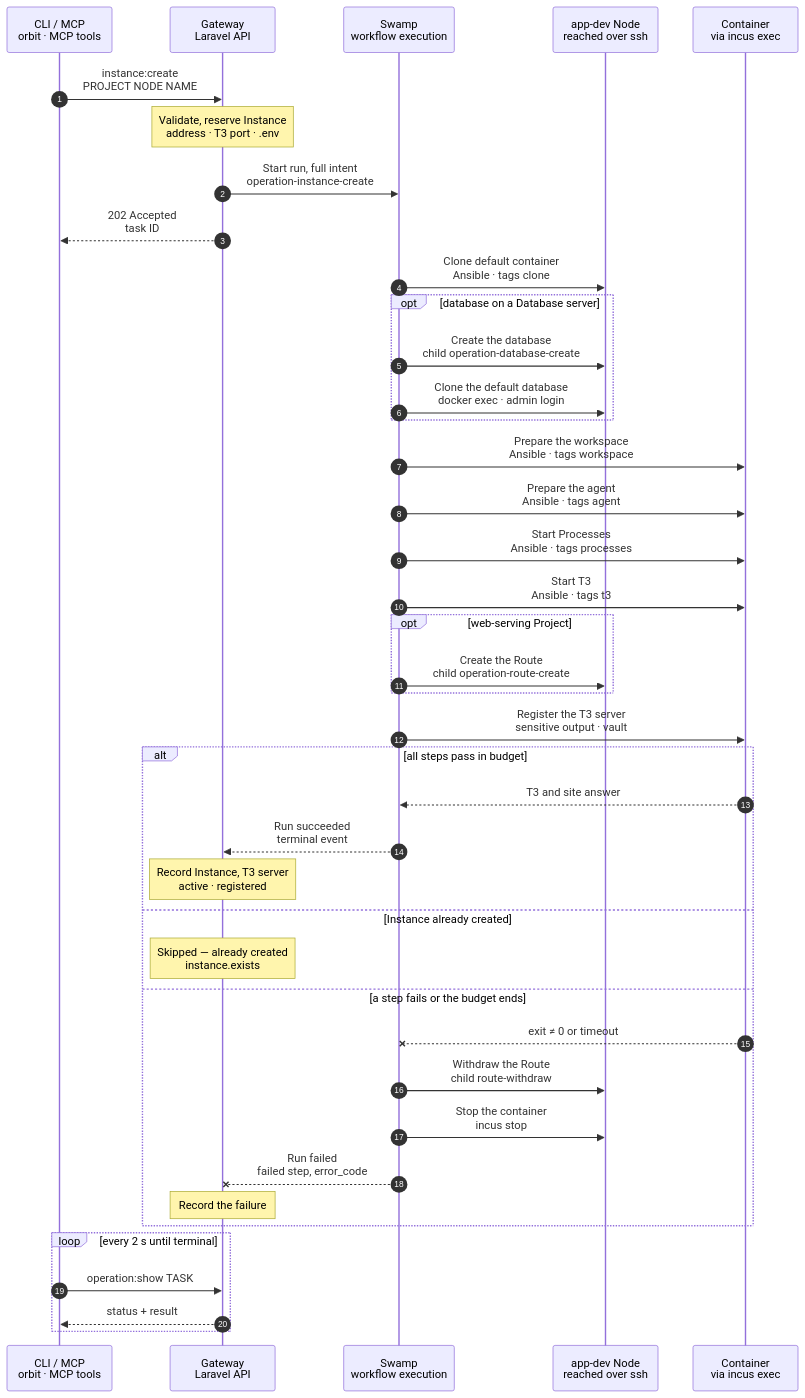
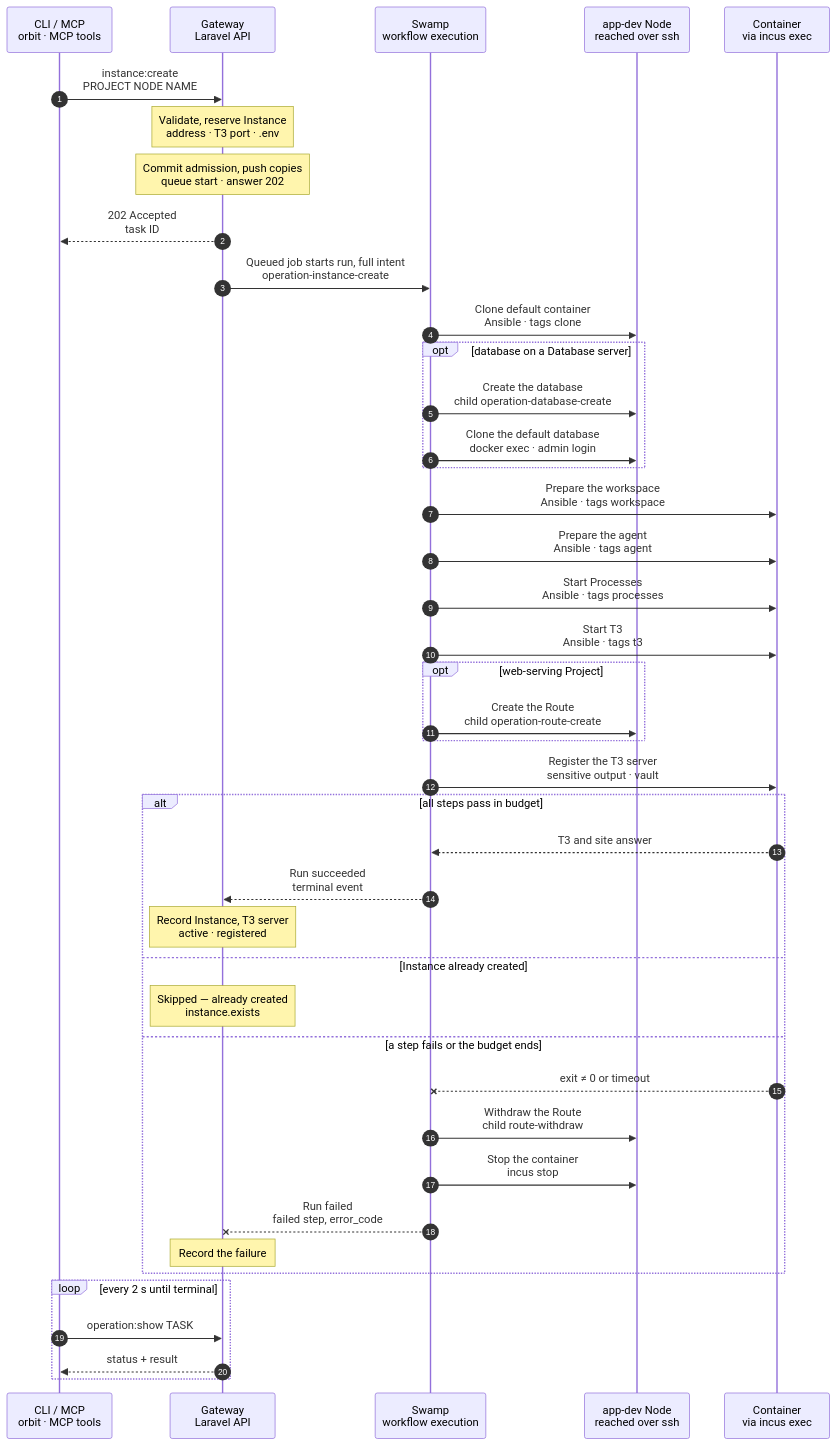
One commit to hardimpactdev/orbit changed the diagram in docs/cli/instance/container/create.mmd. Above: the diagram before and after it, drawn with Mermaid. The commit also changed 26 other files, not shown here.

Commit message:
fix(gateway): queue native Swamp starts after admission

```diff
--- a/docs/cli/instance/container/create.mmd
+++ b/docs/cli/instance/container/create.mmd
@@ -1,106 +1,107 @@
 sequenceDiagram
   %% Target design, container runtime (ADR 0250 step 3, docs/reference/development-containers.md#create): every new Instance is a ZFS clone of the Project's default Instance on its Node, with a clone of its database. Built for the Nodes of the build list. The kind and its step names follow docs/cli/instance/create.mmd; the intent's `container.clone` marks a clone. The Project's first default Instance is container/create-default.mmd; when the charts move into place, it becomes the first-default branch of this chart.
   %% status: draft
   %% command: instance:create
   %% kind: instance.create
   autonumber
   %% lane CLI icon=terminal pill=caller tone=gray
   %% lane GW icon=gateway pill=intent tone=blue
   %% lane SW icon=workflow pill=executes tone=green
   %% lane N icon=server pill=target tone=amber
   %% lane C icon=server pill=target tone=purple
   participant CLI as CLI / MCP<br/>orbit · MCP tools
   participant GW as Gateway<br/>Laravel API
   participant SW as Swamp<br/>workflow execution
   participant N as app-dev Node<br/>reached over ssh
   participant C as Container<br/>via incus exec
   CLI->>GW: instance:create<br/>PROJECT NODE NAME
   %%> Command:
   %%> - `orbit instance:create PROJECT NODE NAME`
   %%> - syntax: `<project> <node> <name> [--root=PATH] [--domain=HOST] [--branch=BRANCH] [--database-server=SLUG]`
   Note over GW: Validate, reserve Instance<br/>address · T3 port · .env
   %%> Requirements:
   %%> - the calling Node has node access to the target Node, an active `app-dev` Node
   %%> - the Project's `default` Instance runs in a container on this Node, is active and has a seed snapshot, else `instance.default_missing`
   %%> - Conn is enabled, and the model router has its guard, else `operation.kind_unavailable`
   %%> - a database on a Database server clones on the default's server; another server refuses `instance.database_clone_unsupported`
   %%> Result:
   %%> - the Instance is reserved with its runtime record: container name, bridge address, the lowest free T3 port from 3800 and the default as clone source
   %%> - `.env` is rendered from the Project's env template; it, the placeholder model key and a repository read token go to the vault
   %%> - a task is recorded with the full intent and `container.clone`
-  GW->>SW: Start run, full intent<br/>operation-instance-create
+  Note over GW: Commit admission, push copies<br/>queue start · answer 202
   GW-->>CLI: 202 Accepted<br/>task ID
+  GW->>SW: Queued job starts run, full intent<br/>operation-instance-create
   SW->>N: Clone default container<br/>Ansible · tags clone
   %%> What it does:
   %%> - `incus copy` of the default container's snapshot `seed-<commit>`, a ZFS clone; a stopped default needs no start
   %%> - the copy gets its own bridge address and ACL, and the proxy device `t3`: NAT from the Node's WireGuard address and the T3 port to T3's port 3773
   %%> - the container's ACL lets the Node's Caddy reach port 8080, WireGuard peers reach port 3773, and the container reach its database server's port
   %%> - UFW: a route rule admits WireGuard peers to T3, below a deny for the task VM range; a rule admits the container to its database server's port
   %%> - starts the copy: nftables, `hidepid` and the image's units start; T3 does not, because `/etc/orbit/instance` does not exist yet
   %%> Branch:
   %%> - fetches the Instance's branch into the Node's mirror with the read token, or creates it at the seed commit; the token stays on the Node
   opt database on a Database server
     SW->>N: Create the database<br/>child operation-database-create
     %%> What it does, through the database family:
     %%> - creates the Instance's owner and an empty database on the default's server
     SW->>N: Clone the default database<br/>docker exec · admin login
     %%> What it does:
     %%> - PostgreSQL: refuses new connections to the default database and ends its sessions, then `CREATE DATABASE … TEMPLATE`, and gives the clone's objects to the new owner
     %%> - a cleanup that always runs allows connections to the default database again
     %%> - MySQL: a dump of the default database restored into the new one
     %%> Runs beside the clone step: Swamp starts both at once.
   end
   SW->>C: Prepare the workspace<br/>Ansible · tags workspace
   %%> What it does:
   %%> - pushes the branch in as a bundle and checks it out in `/srv/workspace`; the group, setgid bits and default ACLs come with the clone
   %%> - writes `.env` for `orbit` with group `work`; it keeps the default's `APP_KEY`, because the cloned data is encrypted with it
   %%> No setup steps:
   %%> - the default Instance installed the dependencies and migrated; a later lockfile change is installed in the workspace
   SW->>C: Prepare the agent<br/>Ansible · tags agent
   %%> What it does:
   %%> - writes the placeholder key for `agent`, and the Claude Code and Codex settings that point at the model forwarder
   %%> - links `~/.claude/CLAUDE.md` and `~/.codex/AGENTS.md` of `agent` to the note of the Project type
   %%> - writes `/etc/orbit/instance`, owned by root and readable by all
   SW->>C: Start Processes<br/>Ansible · tags processes
   %%> What it does:
   %%> - rewrites FrankenPHP's unit for the clone's own bridge address and restarts it as `orbit`
   SW->>C: Start T3<br/>Ansible · tags t3
   %%> What it does:
   %%> - T3 starts for the first time and creates its identity; the T3 project `/srv/workspace` is added as `agent`
   %%> Check:
   %%> - waits up to 30 s for `/.well-known/t3/environment`, else `instance.t3_unready`
   opt web-serving Project
     SW->>N: Create the Route<br/>child operation-route-create
     %%> What it adds:
     %%> - the same steps as `route:create`, with its key and signature, then a TLS probe of the site
     %%> - the Node's Caddy proxies the Route to FrankenPHP at the container's bridge address
   end
   SW->>C: Register the T3 server<br/>sensitive output · vault
   %%> What it does:
   %%> - see container/t3-register.mmd: the sessions go to the vault, and the step checks the environment id and scopes
   alt all steps pass in budget
     C-->>SW: T3 and site answer
     SW-->>GW: Run succeeded<br/>terminal event
     Note over GW: Record Instance, T3 server<br/>active · registered
     %%> Result:
     %%> - the Instance, its runtime and its Route become active; the runtime records the default Instance it came from
     %%> - the Conn layer records the T3 server from the result; its Node is the container's Node and it names the Instance
   else Instance already created
     Note over GW: Skipped — already created<br/>instance.exists
   else a step fails or the budget ends
     C--xSW: exit ≠ 0 or timeout
     SW->>N: Withdraw the Route<br/>child route-withdraw
     %%> When:
     %%> - only when the run published it
     SW->>N: Stop the container<br/>incus stop
     %%> What stays:
     %%> - the stopped container, its database and its runtime record, marked failed; `instance:destroy` removes them
     SW--xGW: Run failed<br/>failed step, error_code
     Note over GW: Record the failure
     %%> Retry:
     %%> - run the same command again; it resumes on the same container and database
   end
   loop every 2 s until terminal
     CLI->>GW: operation:show TASK
     GW-->>CLI: status + result
   end
```
